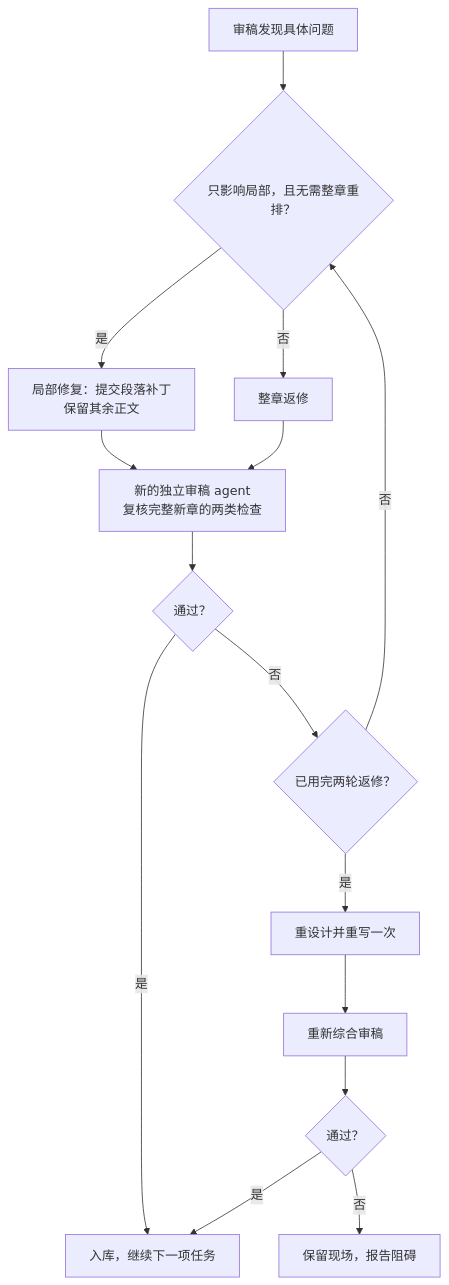
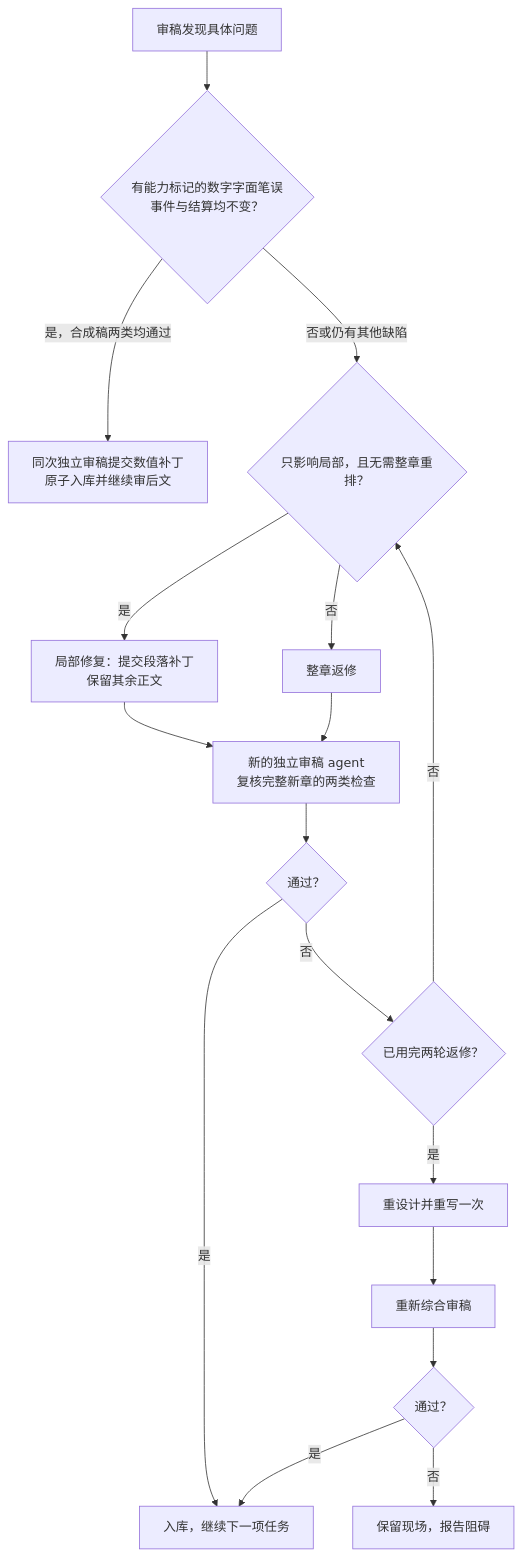
The second of 2 diagrams in references/workflow.md (longwenid/novel-ledger-v2), drawn with Mermaid before and after one commit. The commit also changed other lines of this file and 33 other files, not shown here.

````diff
--- a/references/workflow.md
+++ b/references/workflow.md
@@ -58,18 +60,20 @@
 ```mermaid
 flowchart TD
-    A["审稿发现具体问题"] --> B{"只影响局部，且无需整章重排？"}
+    A["审稿发现具体问题"] --> S{"有能力标记的数字字面笔误<br/>事件与结算均不变？"}
+    S -->|"是，合成稿两类均通过"| T["同次独立审稿提交数值补丁<br/>原子入库并继续审后文"]
+    S -->|"否或仍有其他缺陷"| B{"只影响局部，且无需整章重排？"}
     B -->|"是"| C["局部修复：提交段落补丁<br/>保留其余正文"]
     B -->|"否"| D["整章返修"]
 
     C --> E["新的独立审稿 agent<br/>复核完整新章的两类检查"]
     D --> E
     E --> F{"通过？"}
     F -->|"是"| G["入库，继续下一项任务"]
     F -->|"否"| H{"已用完两轮返修？"}
     H -->|"否"| B
     H -->|"是"| I["重设计并重写一次"]
     I --> J["重新综合审稿"]
     J --> K{"通过？"}
     K -->|"是"| G
     K -->|"否"| L["保留现场，报告阻碍"]
 ```
````
